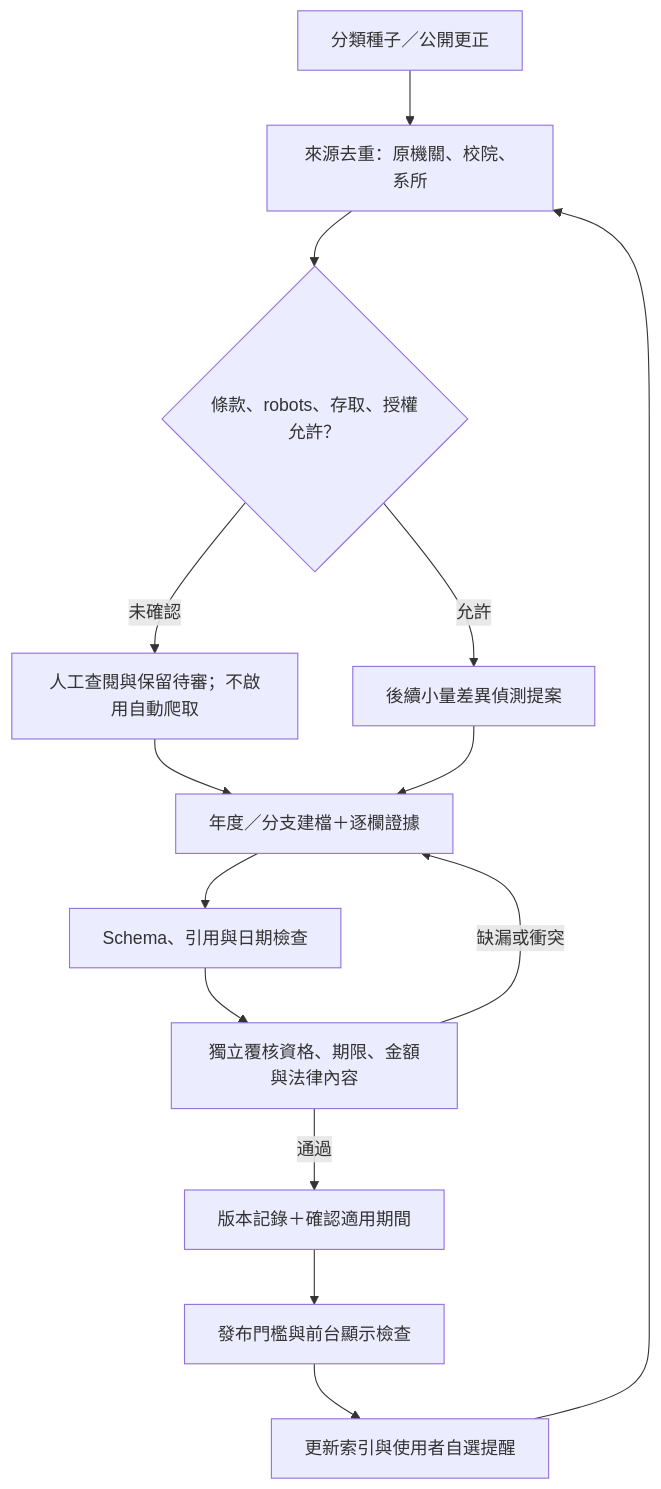
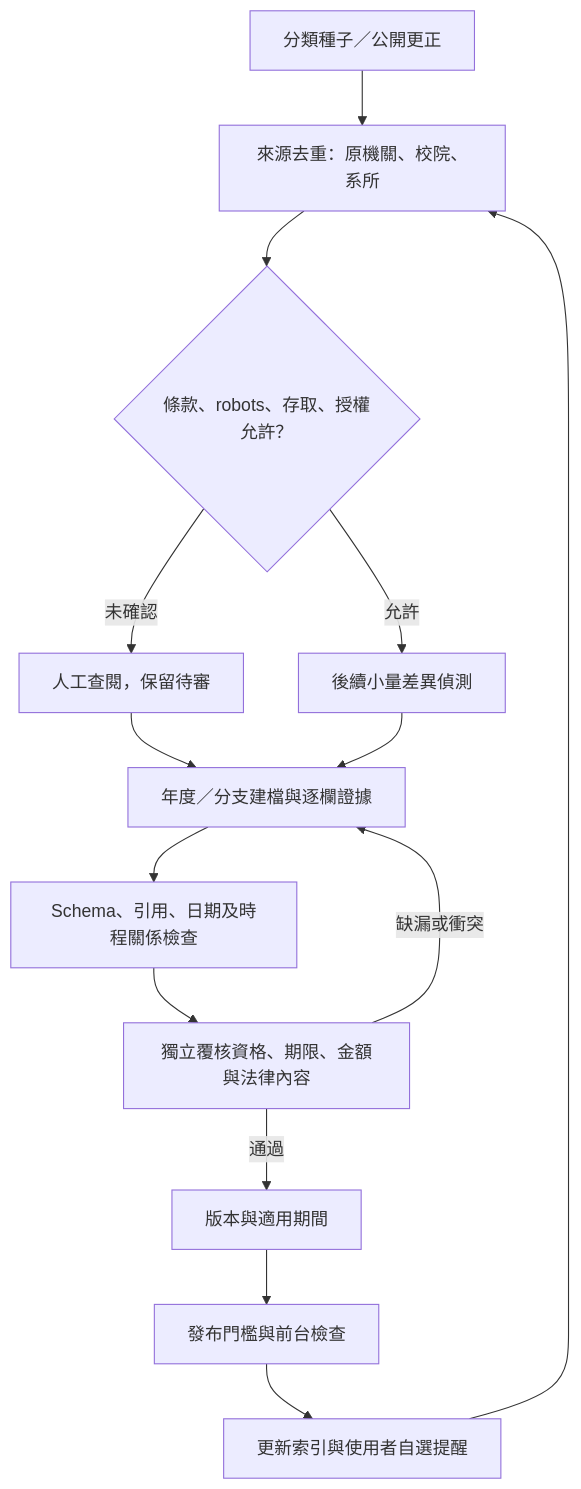
One commit to matt-ye/opengsa changed the second of 2 diagrams in docs/design/README.md. Above: the diagram before and after it, drawn with Mermaid. The commit also changed other lines of this file and 8 other files, not shown here.

Commit message:
feat: add filterable gantt and page tabs

````diff
--- a/docs/design/README.md
+++ b/docs/design/README.md
@@ -34,16 +56,16 @@
 ```mermaid
 flowchart TD
  A[分類種子／公開更正] --> B[來源去重：原機關、校院、系所]
  B --> C{條款、robots、存取、授權允許？}
- C -->|未確認| D[人工查閱與保留待審；不啟用自動爬取]
- C -->|允許| E[後續小量差異偵測提案]
- D --> F[年度／分支建檔＋逐欄證據]
+ C -->|未確認| D[人工查閱，保留待審]
+ C -->|允許| E[後續小量差異偵測]
+ D --> F[年度／分支建檔與逐欄證據]
  E --> F
- F --> G[Schema、引用與日期檢查]
+ F --> G[Schema、引用、日期及時程關係檢查]
  G --> H[獨立覆核資格、期限、金額與法律內容]
  H -->|缺漏或衝突| F
- H -->|通過| I[版本記錄＋確認適用期間]
- I --> J[發布門檻與前台顯示檢查]
+ H -->|通過| I[版本與適用期間]
+ I --> J[發布門檻與前台檢查]
  J --> K[更新索引與使用者自選提醒]
  K --> B
 ```
````
